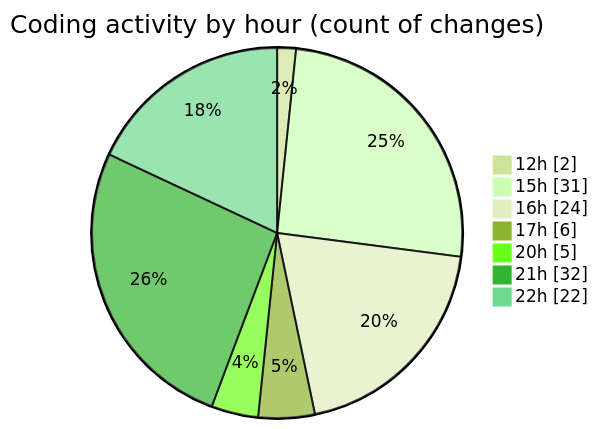
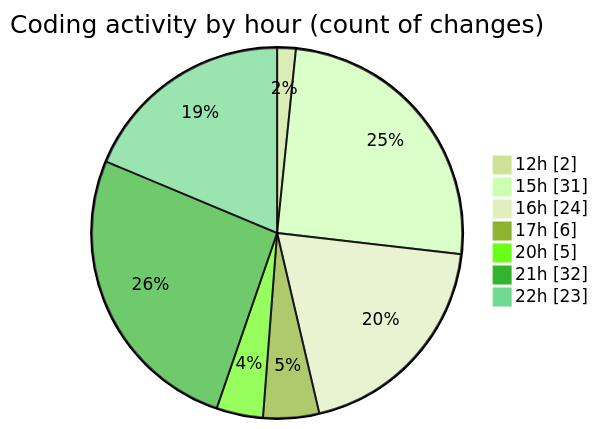
One commit to momahboobian/code-tracking changed the second of 2 diagrams in 2025-02-26/cda/README.md. Above: the diagram before and after it, drawn with Mermaid (forest theme). The commit also changed other lines of this file and 1 other file, not shown here.

````diff
--- a/2025-02-26/cda/README.md
+++ b/2025-02-26/cda/README.md
@@ -48,11 +48,11 @@
 ```mermaid
 pie showData
 title Coding activity by hour (count of changes)
 "12h" : 2
 "15h" : 31
 "16h" : 24
 "17h" : 6
 "20h" : 5
 "21h" : 32
-"22h" : 22
+"22h" : 23
 ```
````
